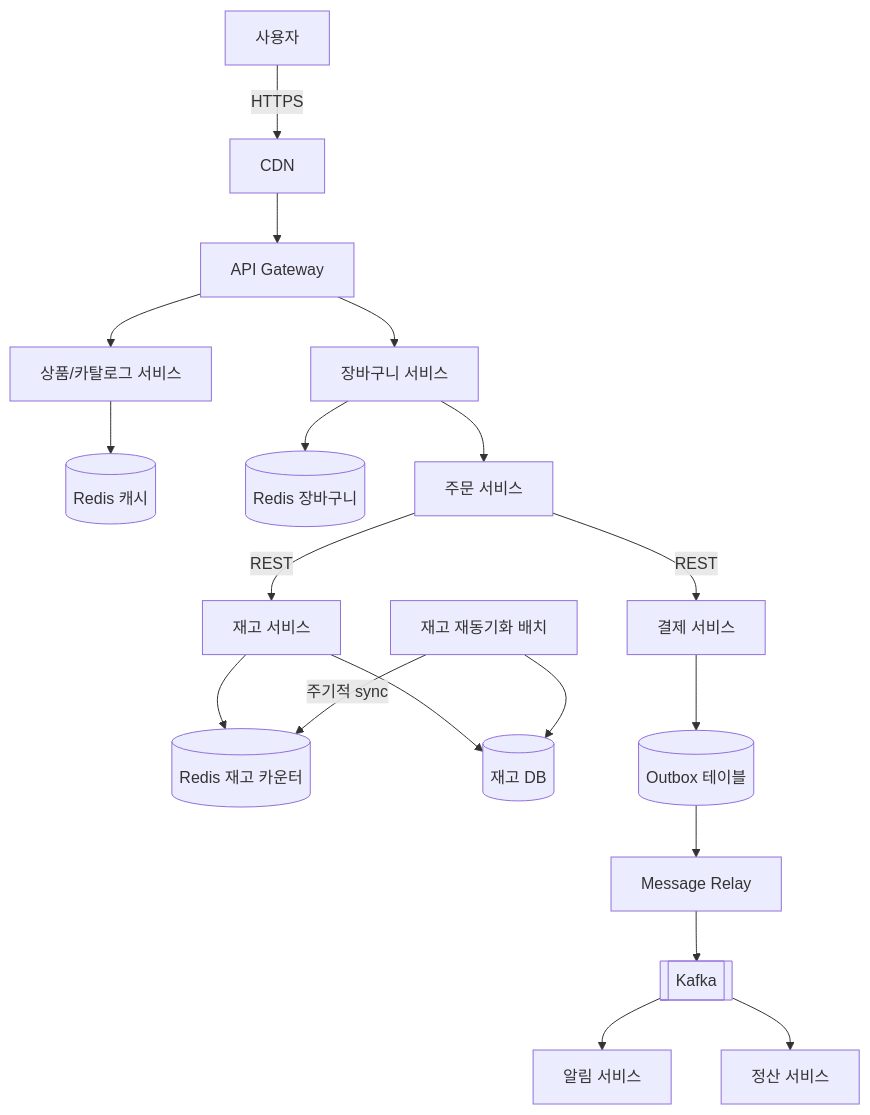
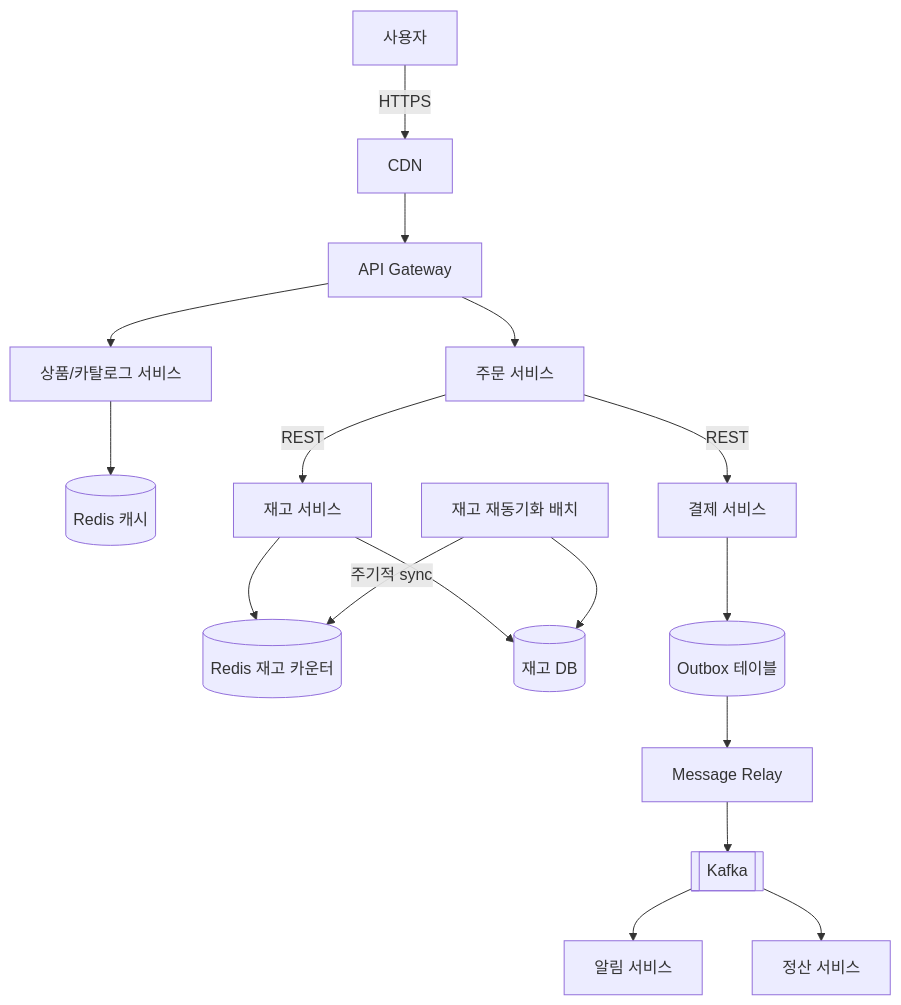
Before and after one commit to yoonxjoong/yoonxjoong.github.io: the first of 4 diagrams in _posts/2026-07-21-ecommerce-architecture.md, drawn with Mermaid. The commit also changed other lines of this file, not shown here.

First line of the commit message:
Update ecommerce architecture post: gateway, rate limiting, notification service

````diff
--- a/_posts/2026-07-21-ecommerce-architecture.md
+++ b/_posts/2026-07-21-ecommerce-architecture.md
@@ -34,21 +34,19 @@
 ```mermaid
 graph TD
     User[사용자] -->|HTTPS| CDN[CDN]
     CDN --> GW[API Gateway]
     GW --> Catalog[상품/카탈로그 서비스]
-    GW --> Cart[장바구니 서비스]
+    GW --> Order[주문 서비스]
     Catalog --> Cache[(Redis 캐시)]
-    Cart --> CartDB[(Redis 장바구니)]
-    Cart --> Order[주문 서비스]
     Order -->|REST| Inventory[재고 서비스]
     Order -->|REST| Payment[결제 서비스]
     Inventory --> StockRedis[(Redis 재고 카운터)]
     Inventory --> InvDB[(재고 DB)]
     Recon[재고 재동기화 배치] -->|주기적 sync| StockRedis
     Recon --> InvDB
     Payment --> Outbox[(Outbox 테이블)]
     Outbox --> Relay[Message Relay]
     Relay --> Kafka[[Kafka]]
     Kafka --> Notify[알림 서비스]
     Kafka --> Settlement[정산 서비스]
 ```
````
